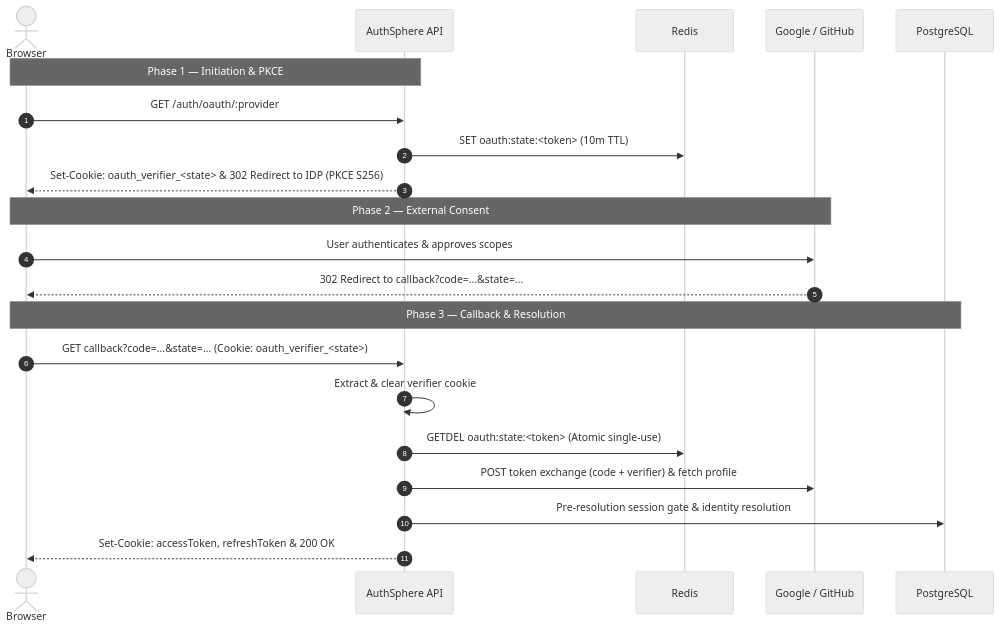
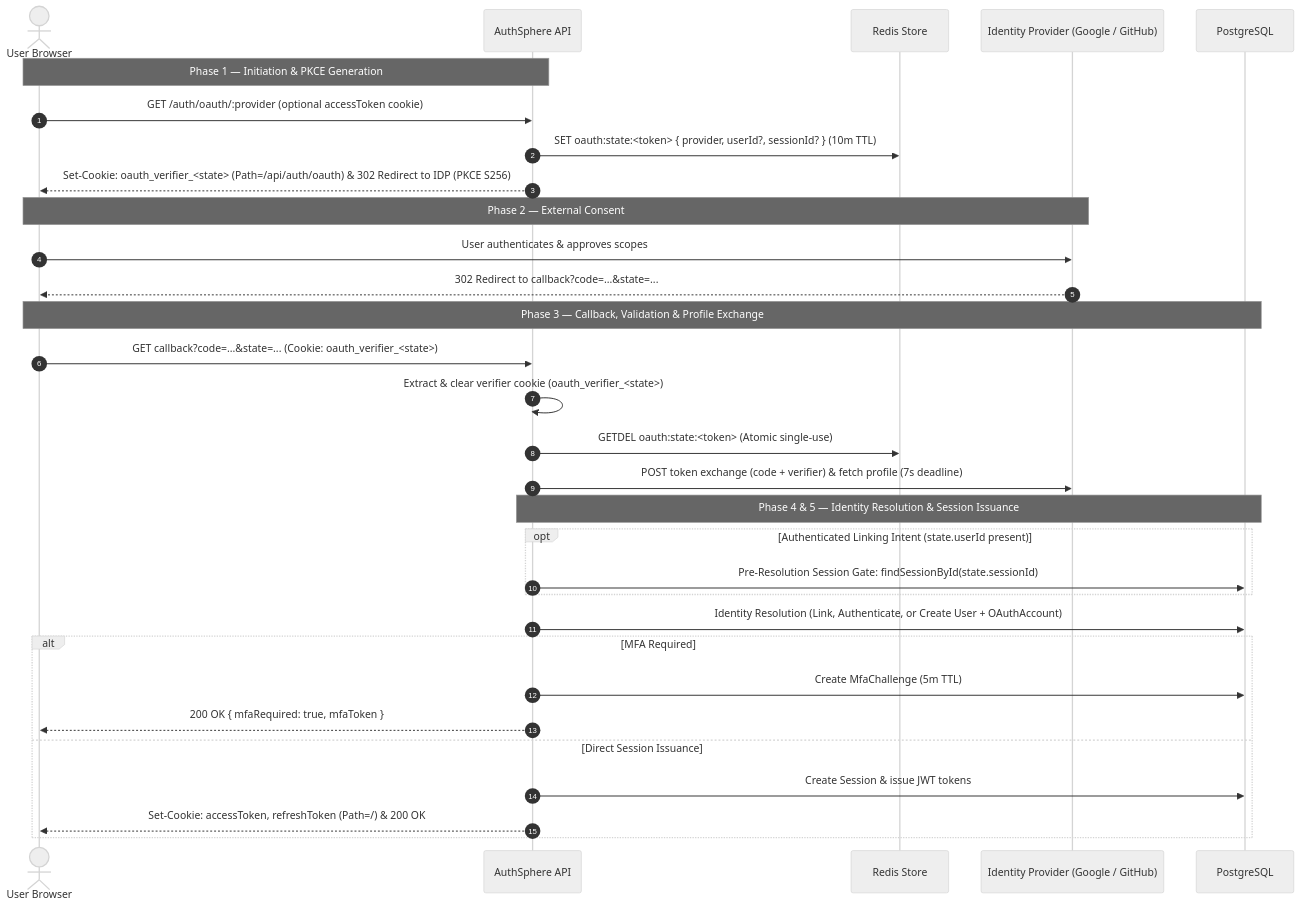
The second of 3 diagrams in docs/OAUTH.md (utkarshj014/authsphere), drawn with Mermaid (neutral theme) before and after one commit. The commit also changed other lines of this file and 6 other files, not shown here.

````diff
--- a/docs/OAUTH.md
+++ b/docs/OAUTH.md
@@ -75,26 +87,37 @@
 ```mermaid
 sequenceDiagram
     autonumber
-    actor Browser
+    actor Browser as User Browser
     participant API as AuthSphere API
-    participant Redis
-    participant IDP as Google / GitHub
+    participant Redis as Redis Store
+    participant IDP as Identity Provider (Google / GitHub)
     participant DB as PostgreSQL
 
-    Note over Browser, API: Phase 1 — Initiation & PKCE
-    Browser->>API: GET /auth/oauth/:provider
-    API->>Redis: SET oauth:state:<token> (10m TTL)
-    API-->>Browser: Set-Cookie: oauth_verifier_<state> & 302 Redirect to IDP (PKCE S256)
+    Note over Browser, API: Phase 1 — Initiation & PKCE Generation
+    Browser->>API: GET /auth/oauth/:provider (optional accessToken cookie)
+    API->>Redis: SET oauth:state:<token> { provider, userId?, sessionId? } (10m TTL)
+    API-->>Browser: Set-Cookie: oauth_verifier_<state> (Path=/api/auth/oauth) & 302 Redirect to IDP (PKCE S256)
 
     Note over Browser, IDP: Phase 2 — External Consent
     Browser->>IDP: User authenticates & approves scopes
     IDP-->>Browser: 302 Redirect to callback?code=...&state=...
 
-    Note over Browser, DB: Phase 3 — Callback & Resolution
+    Note over Browser, DB: Phase 3 — Callback, Validation & Profile Exchange
     Browser->>API: GET callback?code=...&state=... (Cookie: oauth_verifier_<state>)
-    API->>API: Extract & clear verifier cookie
+    API->>API: Extract & clear verifier cookie (oauth_verifier_<state>)
     API->>Redis: GETDEL oauth:state:<token> (Atomic single-use)
-    API->>IDP: POST token exchange (code + verifier) & fetch profile
-    API->>DB: Pre-resolution session gate & identity resolution
-    API-->>Browser: Set-Cookie: accessToken, refreshToken & 200 OK
+    API->>IDP: POST token exchange (code + verifier) & fetch profile (7s deadline)
+
+    Note over API, DB: Phase 4 & 5 — Identity Resolution & Session Issuance
+    opt Authenticated Linking Intent (state.userId present)
+        API->>DB: Pre-Resolution Session Gate: findSessionById(state.sessionId)
+    end
+    API->>DB: Identity Resolution (Link, Authenticate, or Create User + OAuthAccount)
+    alt MFA Required
+        API->>DB: Create MfaChallenge (5m TTL)
+        API-->>Browser: 200 OK { mfaRequired: true, mfaToken }
+    else Direct Session Issuance
+        API->>DB: Create Session & issue JWT tokens
+        API-->>Browser: Set-Cookie: accessToken, refreshToken (Path=/) & 200 OK
+    end
 ```
````
